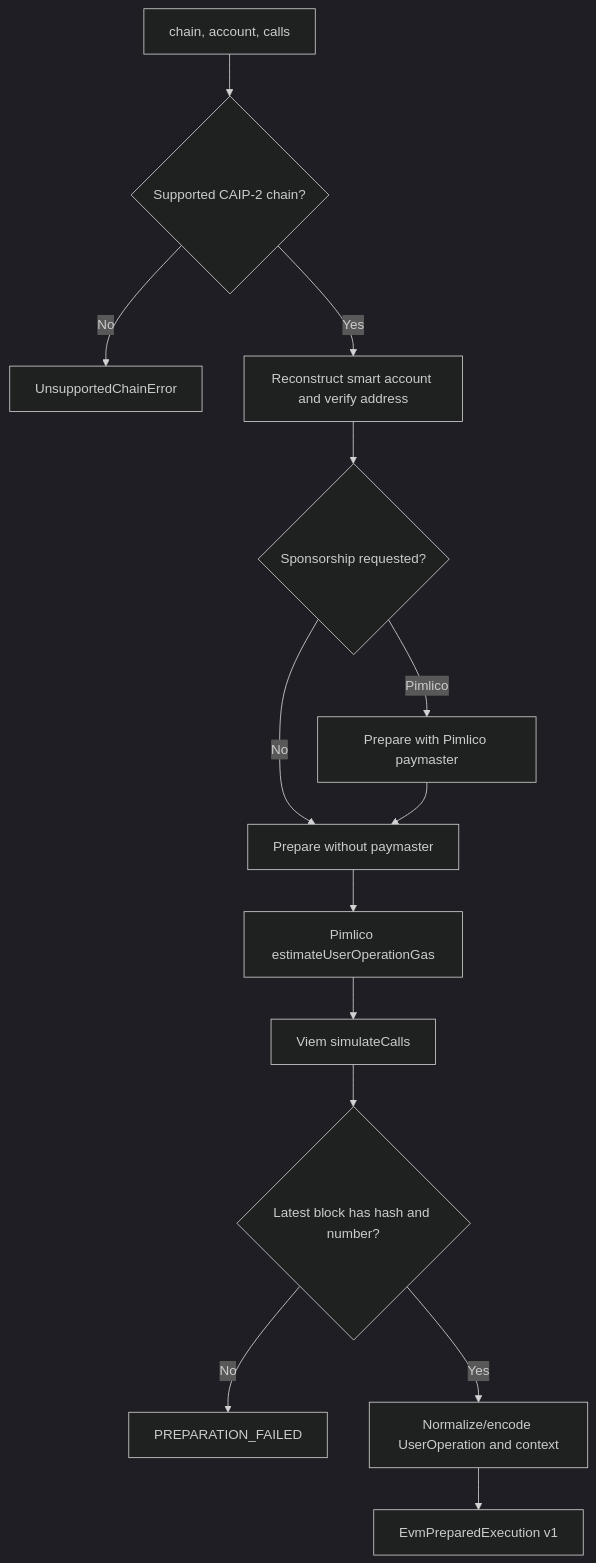
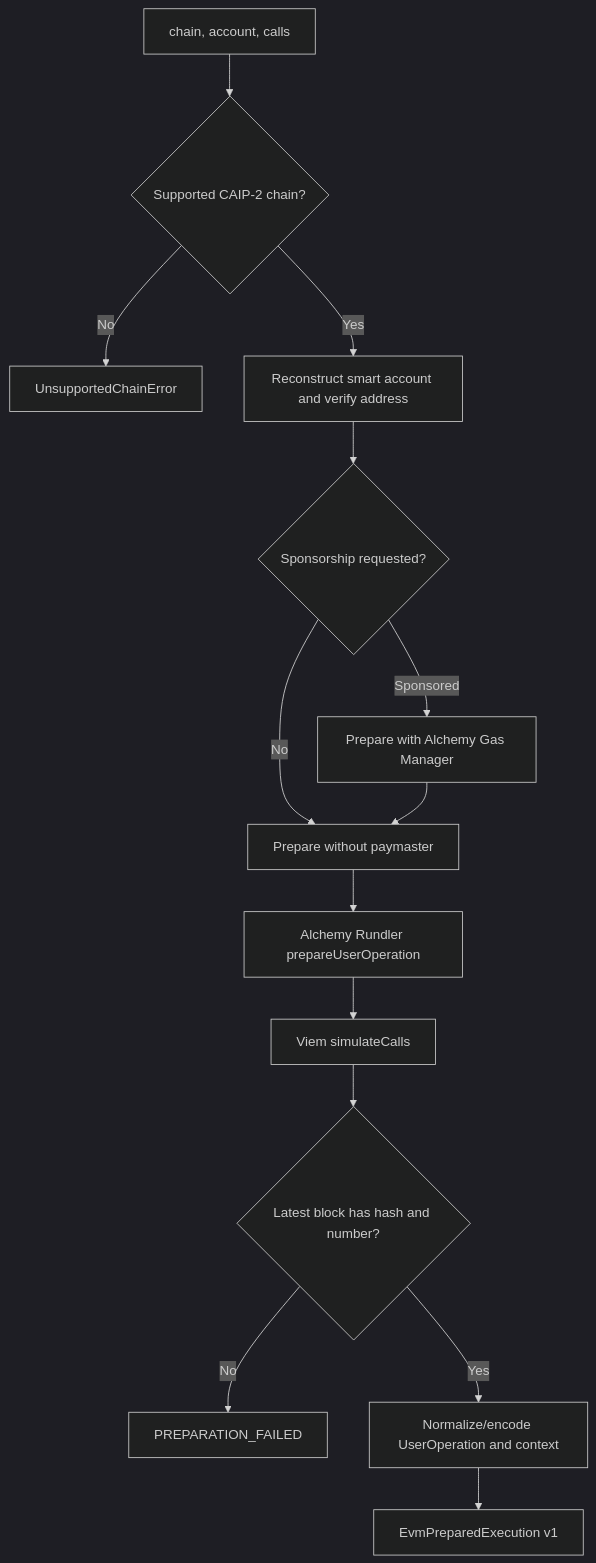
One commit to thenamespace/namera changed the diagram in architecture/evm/execution/prepare.md. Above: the diagram before and after it, drawn with Mermaid (dark theme). The commit also changed other lines of this file and 32 other files, not shown here.

````diff
--- a/architecture/evm/execution/prepare.md
+++ b/architecture/evm/execution/prepare.md
@@ -14,16 +14,16 @@
 ```mermaid
 flowchart TD
   Input[chain, account, calls] --> Chain{Supported CAIP-2 chain?}
   Chain -->|No| Unsupported[UnsupportedChainError]
   Chain -->|Yes| Reconstruct[Reconstruct smart account and verify address]
   Reconstruct --> Sponsor{Sponsorship requested?}
   Sponsor -->|No| Prepare[Prepare without paymaster]
-  Sponsor -->|Pimlico| PrepareSponsored[Prepare with Pimlico paymaster]
+  Sponsor -->|Sponsored| PrepareSponsored[Prepare with Alchemy Gas Manager]
   PrepareSponsored --> Prepare
-  Prepare --> Estimate[Pimlico estimateUserOperationGas]
+  Prepare --> Estimate[Alchemy Rundler prepareUserOperation]
   Estimate --> Calls[Viem simulateCalls]
   Calls --> Block{Latest block has hash and number?}
   Block -->|No| Failure[PREPARATION_FAILED]
   Block -->|Yes| Normalize[Normalize/encode UserOperation and context]
   Normalize --> Prepared[EvmPreparedExecution v1]
 ```
````
